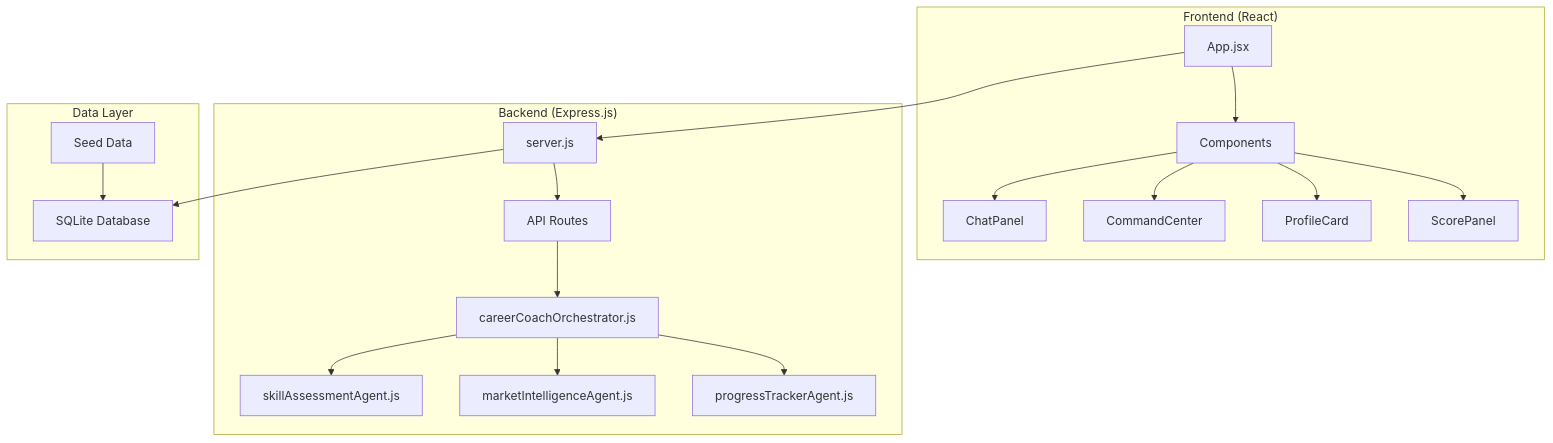
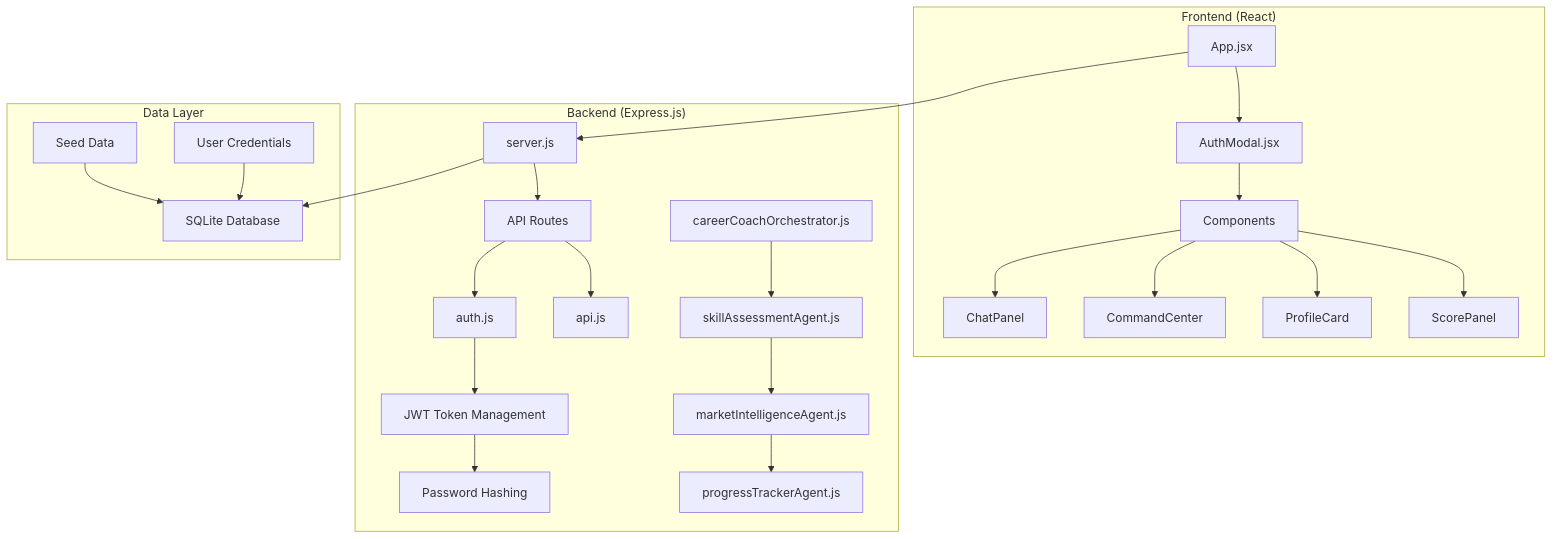
One commit to Alishba-Moin/CareerCompass changed the first of 3 diagrams in .qoder/repowiki/en/content/Project Overview.md. Above: the diagram before and after it, drawn with Mermaid. The commit also changed other lines of this file and 17 other files, not shown here.

````diff
--- a/.qoder/repowiki/en/content/Project Overview.md
+++ b/.qoder/repowiki/en/content/Project Overview.md
@@ -77,24 +84,30 @@
 ```mermaid
 graph TB
 subgraph "Frontend (React)"
-A["App.jsx"] --> B["Components"]
-B --> C["ChatPanel"]
-B --> D["CommandCenter"]
-B --> E["ProfileCard"]
-B --> F["ScorePanel"]
+A["App.jsx"] --> B["AuthModal.jsx"]
+B --> C["Components"]
+C --> D["ChatPanel"]
+C --> E["CommandCenter"]
+C --> F["ProfileCard"]
+C --> G["ScorePanel"]
 end
 subgraph "Backend (Express.js)"
-G["server.js"] --> H["API Routes"]
-H --> I["careerCoachOrchestrator.js"]
-I --> J["skillAssessmentAgent.js"]
-I --> K["marketIntelligenceAgent.js"]
-I --> L["progressTrackerAgent.js"]
+H["server.js"] --> I["API Routes"]
+I --> J["auth.js"]
+I --> K["api.js"]
+J --> L["JWT Token Management"]
+L --> M["Password Hashing"]
+N["careerCoachOrchestrator.js"] --> O["skillAssessmentAgent.js"]
+O --> P["marketIntelligenceAgent.js"]
+P --> Q["progressTrackerAgent.js"]
 end
 subgraph "Data Layer"
-M["SQLite Database"]
-N["Seed Data"]
+R["SQLite Database"]
+S["Seed Data"]
+T["User Credentials"]
 end
-A --> G
-G --> M
-N --> M
+A --> H
+H --> R
+S --> R
+T --> R
 ```
````
